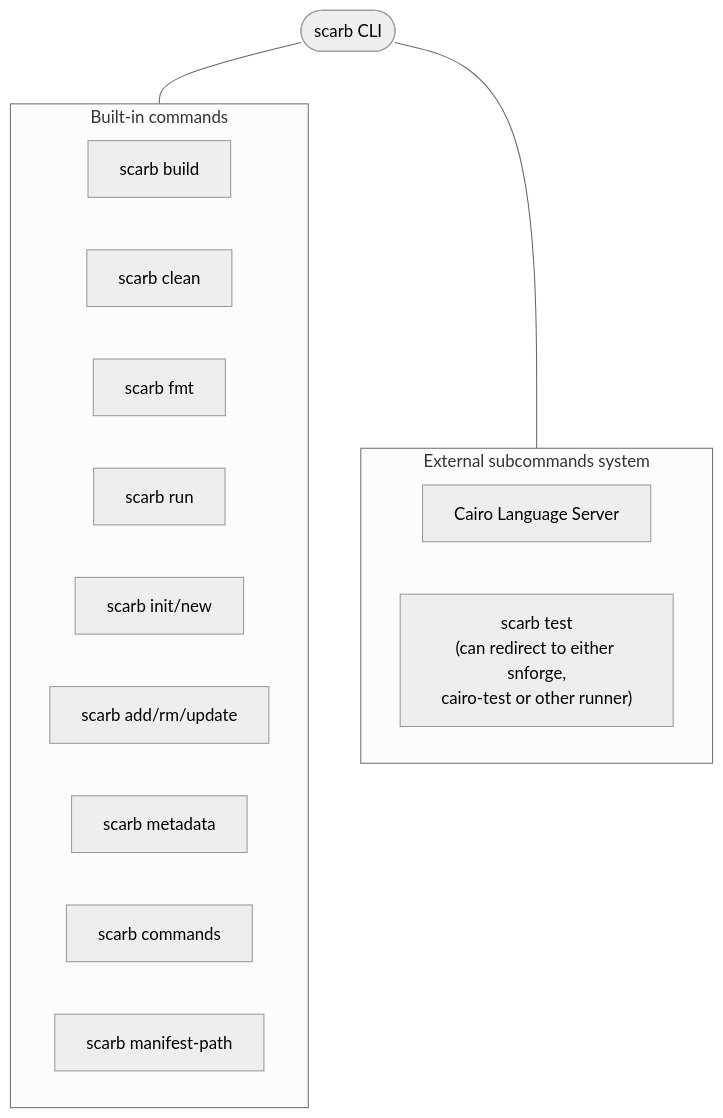
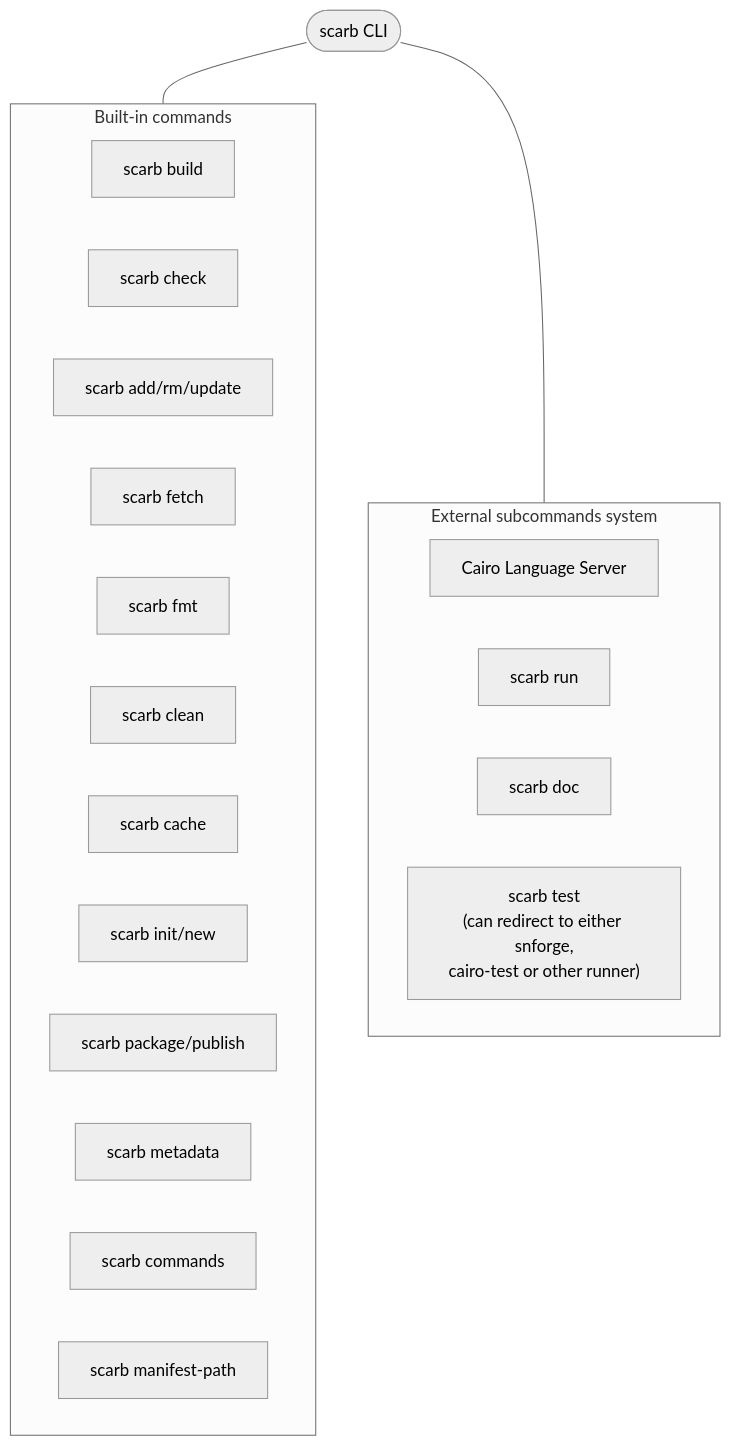
The first of 3 diagrams in ARCHITECTURE.md (software-mansion/scarb), drawn with Mermaid (neutral theme) before and after one commit. The commit also changed other lines of this file, not shown here.

First line of the commit message:
Quick update of ARCHITECTURE.md

````diff
--- a/ARCHITECTURE.md
+++ b/ARCHITECTURE.md
@@ -10,23 +10,29 @@
 ```mermaid
 flowchart TD
     scarb([scarb CLI])
     scarb---BUILTIN_CMDS
     scarb---EXT_CMDS
     subgraph BUILTIN_CMDS ["Built-in commands"]
         direction LR
         BLD[scarb build]
+        CHK[scarb check]
+        UPD[scarb update]
+        FTH[scarb fetch]
+        FMT[scarb fmt]
         CLN[scarb clean]
-        FMT[scarb fmt]
-        RUN[scarb run]
+        CAC[scarb cache]
         NEW[scarb init/new]
         UPD[scarb add/rm/update]
+        PUB[scarb package/publish]
         MET[scarb metadata]
         CMD[scarb commands]
         MAN[scarb manifest-path]
     end
     subgraph EXT_CMDS ["External subcommands system"]
         direction LR
         CAIRO_LS["Cairo Language Server"]
+        CAIRO_RUN["scarb run"]
+        SCARB_DOC["scarb doc"]
         SNFORGE["scarb test\n(can redirect to either snforge,\ncairo-test or other runner)"]
     end
 ```
````
